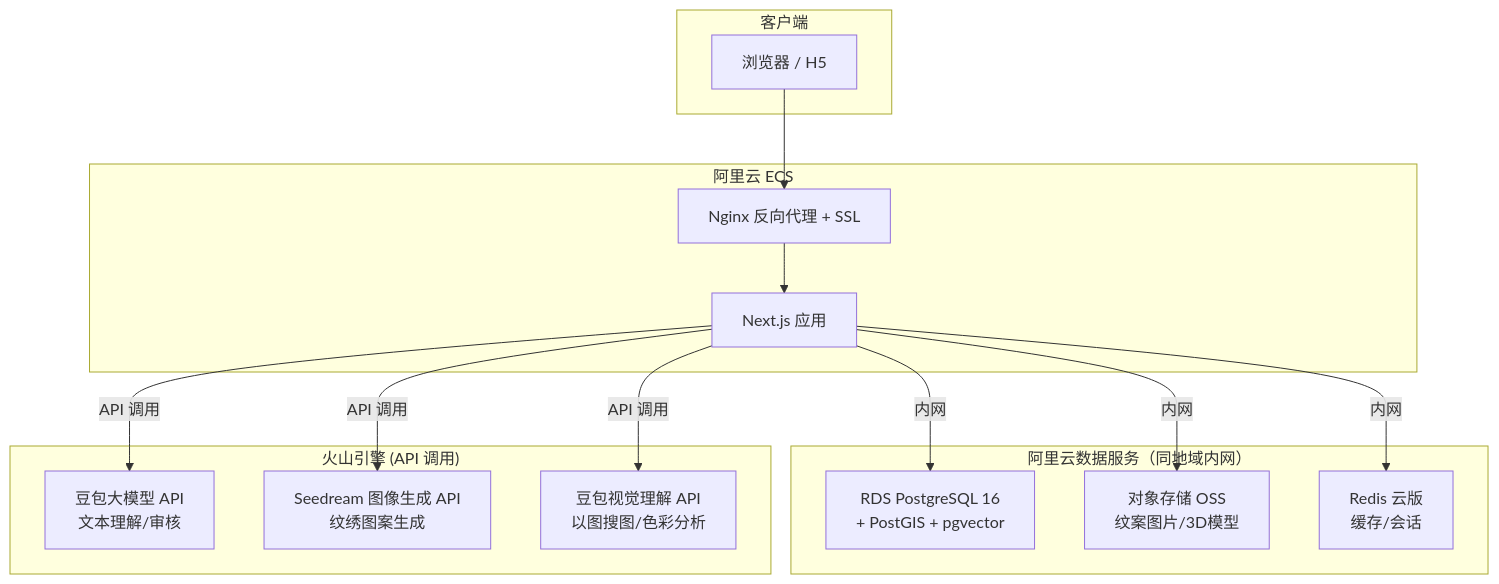
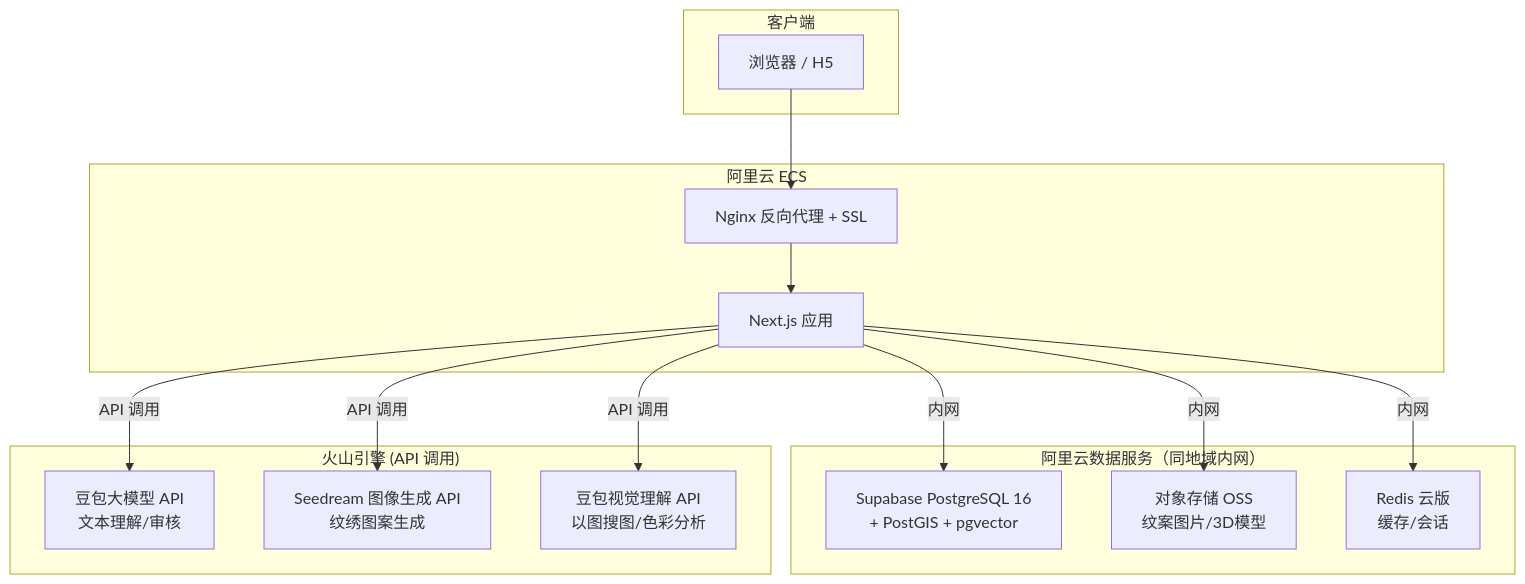
Before and after one commit to AIMFllys/HBPattern: the tenth of 13 diagrams in docs/湖北纹案-具体技术架构规划.md, drawn with Mermaid. The commit also changed other lines of this file and 1 other file, not shown here.

Commit message:
docs: Deeply review and replace Aliyun RDS with Supabase across all architecture docs

````diff
--- a/docs/湖北纹案-具体技术架构规划.md
+++ b/docs/湖北纹案-具体技术架构规划.md
@@ -1113,32 +1113,32 @@
 ```mermaid
 graph TB
     subgraph "客户端"
         Browser["浏览器 / H5"]
     end
 
     subgraph "阿里云 ECS"
         Nginx["Nginx 反向代理 + SSL"]
         NextJS["Next.js 应用"]
     end
 
     subgraph "阿里云数据服务（同地域内网）"
-        RDS["RDS PostgreSQL 16<br/>+ PostGIS + pgvector"]
+        RDS["Supabase PostgreSQL 16<br/>+ PostGIS + pgvector"]
         OSS["对象存储 OSS<br/>纹案图片/3D模型"]
         RedisC["Redis 云版<br/>缓存/会话"]
     end
 
     subgraph "火山引擎 (API 调用)"
         Doubao["豆包大模型 API<br/>文本理解/审核"]
         Seedream["Seedream 图像生成 API<br/>纹绣图案生成"]
         Vision["豆包视觉理解 API<br/>以图搜图/色彩分析"]
     end
 
     Browser --> Nginx
     Nginx --> NextJS
     NextJS -->|内网| RDS
     NextJS -->|内网| OSS
     NextJS -->|内网| RedisC
     NextJS -->|API 调用| Doubao
     NextJS -->|API 调用| Seedream
     NextJS -->|API 调用| Vision
 ```
````
